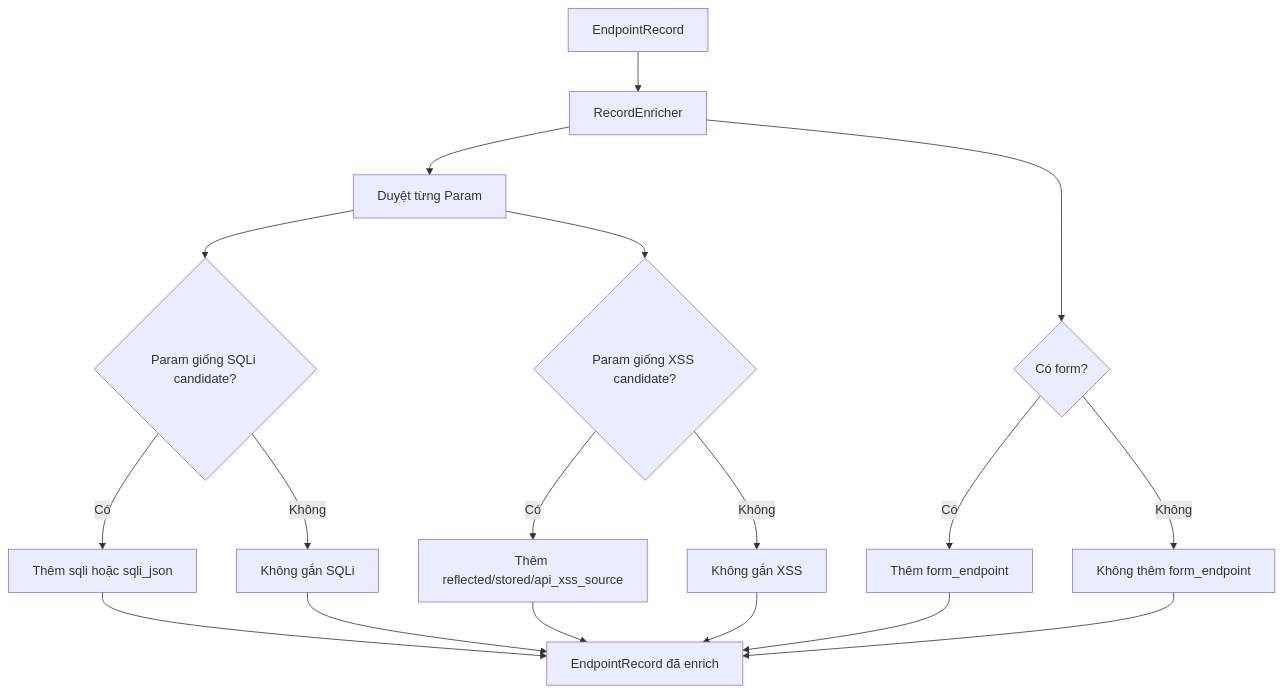
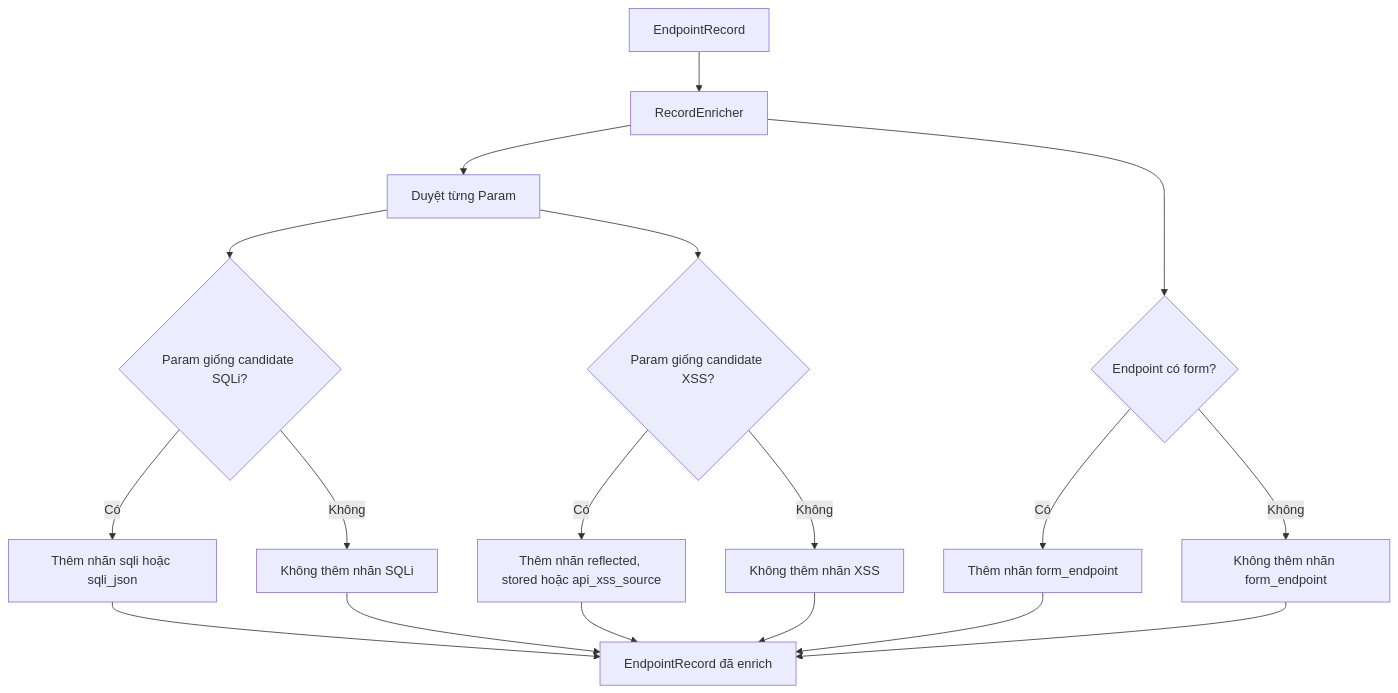
The eighth of 11 diagrams in RECON_FLOW.md (penguino7/toolkiemthu), drawn with Mermaid before and after one commit. The commit also changed other lines of this file, not shown here.

````diff
--- a/RECON_FLOW.md
+++ b/RECON_FLOW.md
@@ -207,24 +229,24 @@
 ```mermaid
 flowchart TD
     A[EndpointRecord] --> B[RecordEnricher]
     B --> C[Duyệt từng Param]
 
-    C --> D{Param giống SQLi candidate?}
-    D -->|Có| E[Thêm sqli hoặc sqli_json]
-    D -->|Không| F[Không gắn SQLi]
+    C --> D{Param giống candidate SQLi?}
+    D -->|Có| E[Thêm nhãn sqli hoặc sqli_json]
+    D -->|Không| F[Không thêm nhãn SQLi]
 
-    C --> G{Param giống XSS candidate?}
-    G -->|Có| H[Thêm reflected/stored/api_xss_source]
-    G -->|Không| I[Không gắn XSS]
+    C --> G{Param giống candidate XSS?}
+    G -->|Có| H[Thêm nhãn reflected, stored hoặc api_xss_source]
+    G -->|Không| I[Không thêm nhãn XSS]
 
-    B --> J{Có form?}
-    J -->|Có| K[Thêm form_endpoint]
-    J -->|Không| L[Không thêm form_endpoint]
+    B --> J{Endpoint có form?}
+    J -->|Có| K[Thêm nhãn form_endpoint]
+    J -->|Không| L[Không thêm nhãn form_endpoint]
 
     E --> M[EndpointRecord đã enrich]
     H --> M
     K --> M
     F --> M
     I --> M
     L --> M
 ```
````
